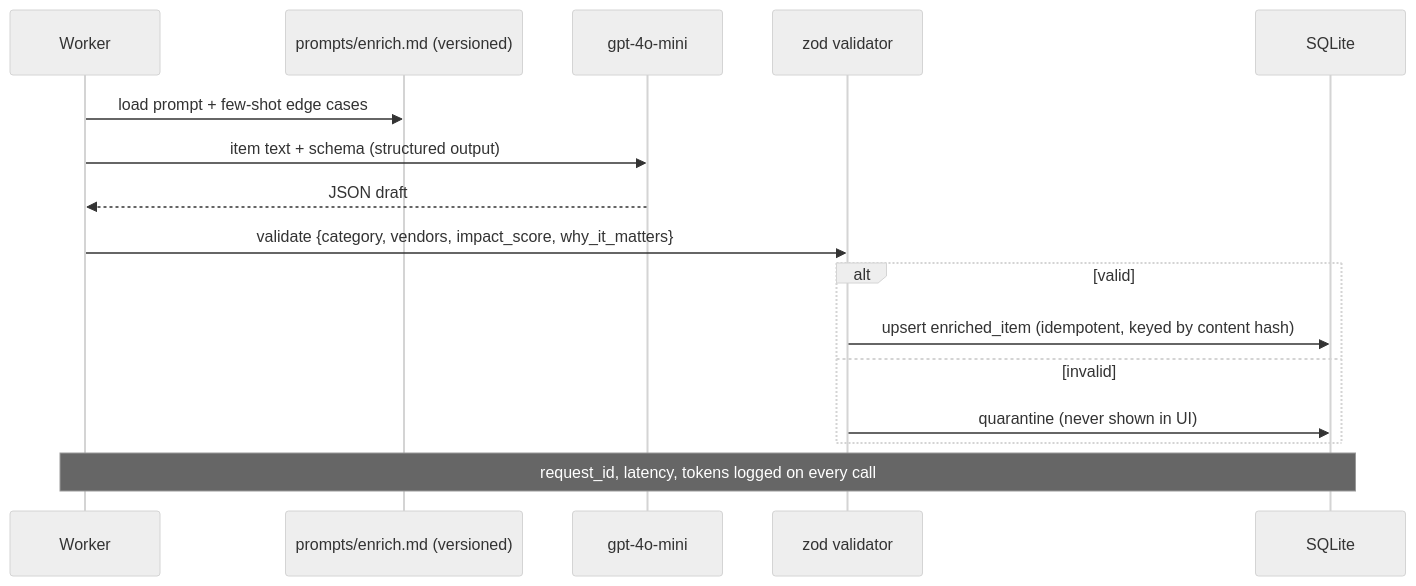
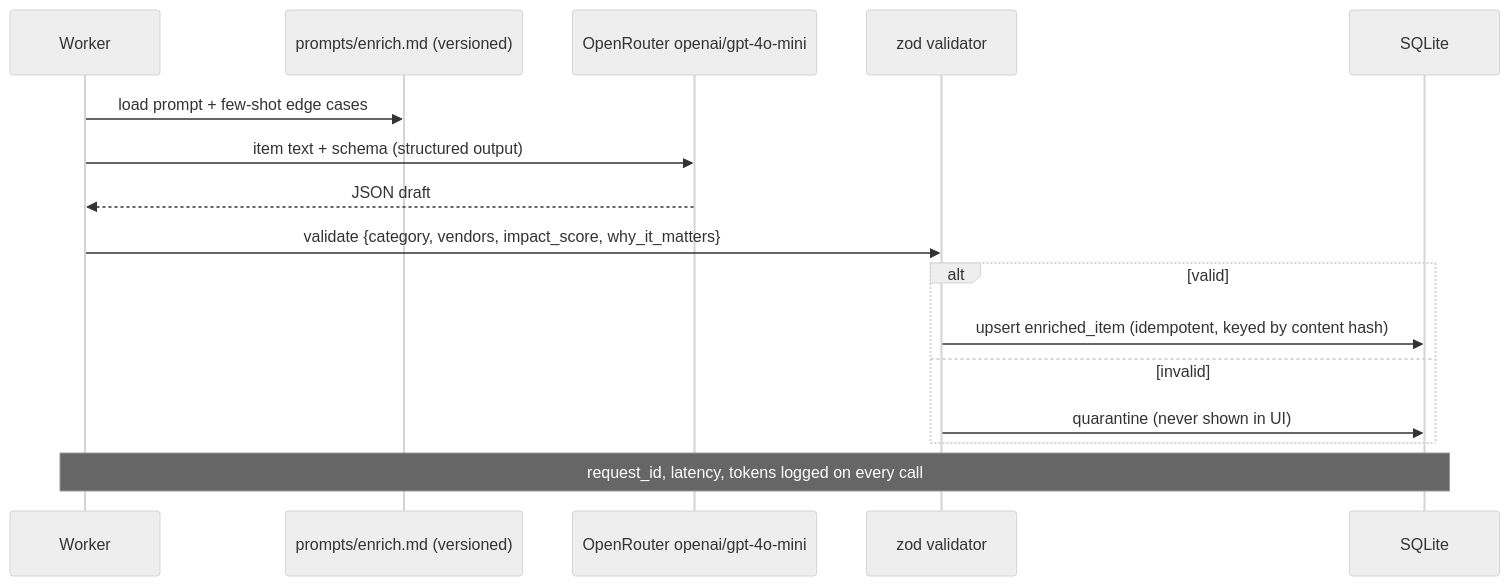
One commit to doruyaar/leapfrog changed the second of 4 diagrams in docs/diagrams/architecture.md. Above: the diagram before and after it, drawn with Mermaid (neutral theme). The commit also changed other lines of this file and 8 other files, not shown here.

````diff
--- a/docs/diagrams/architecture.md
+++ b/docs/diagrams/architecture.md
@@ -59,19 +59,19 @@
 ```mermaid
 sequenceDiagram
     participant W as Worker
     participant P as prompts/enrich.md (versioned)
-    participant LLM as gpt-4o-mini
+    participant LLM as OpenRouter openai/gpt-4o-mini
     participant V as zod validator
     participant DB as SQLite
 
     W->>P: load prompt + few-shot edge cases
     W->>LLM: item text + schema (structured output)
     LLM-->>W: JSON draft
     W->>V: validate {category, vendors, impact_score, why_it_matters}
     alt valid
         V->>DB: upsert enriched_item (idempotent, keyed by content hash)
     else invalid
         V->>DB: quarantine (never shown in UI)
     end
     Note over W,DB: request_id, latency, tokens logged on every call
 ```
````
